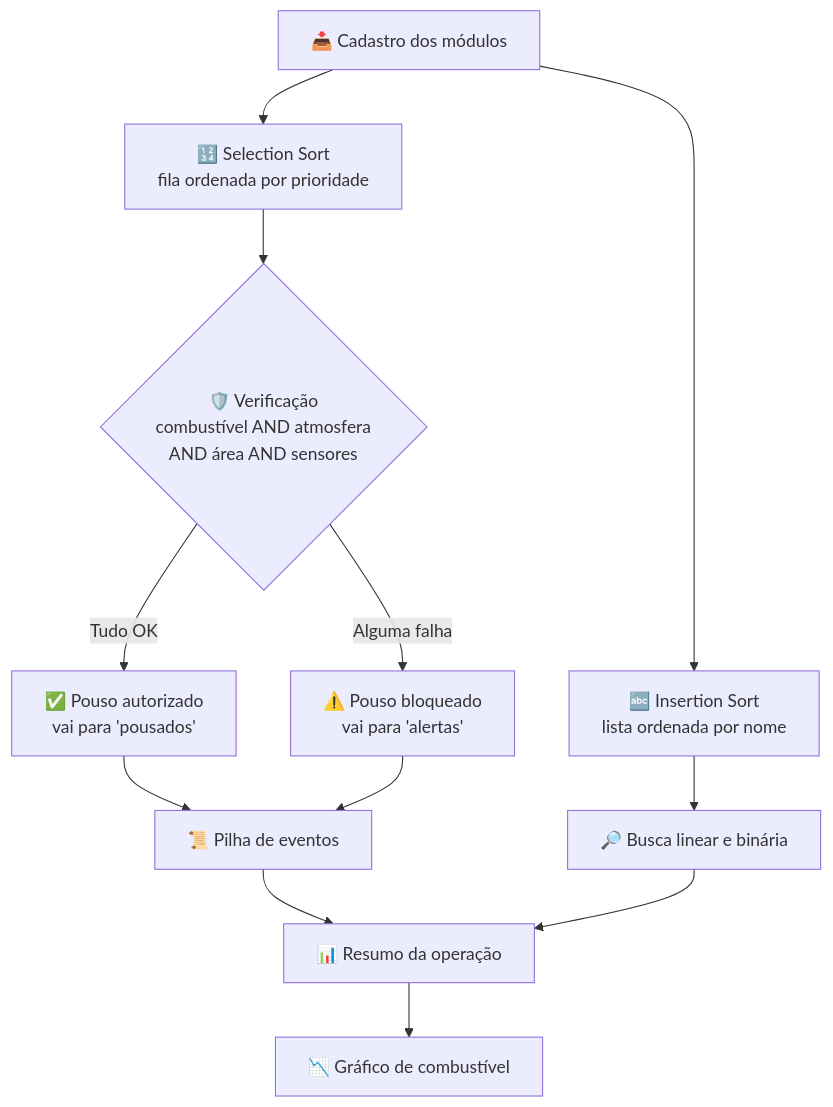
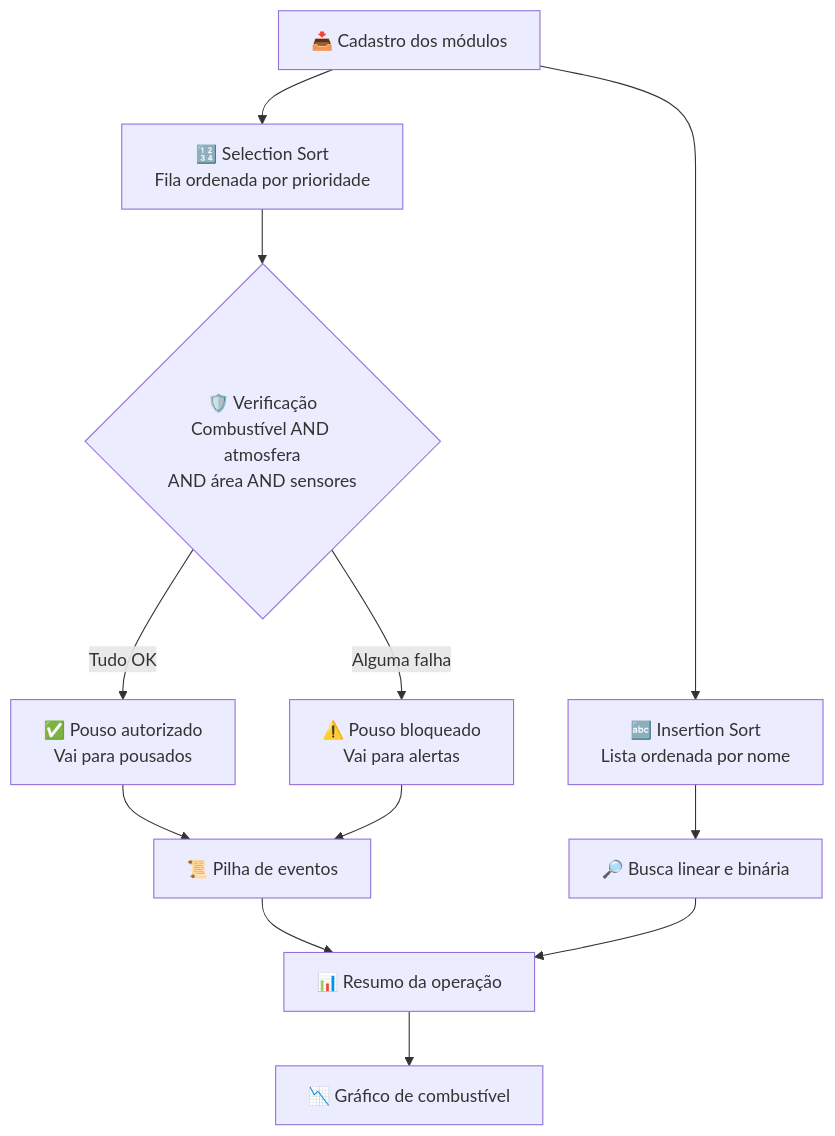
One commit to Henrique-Alcantara07/MGPEB changed the diagram in README.md. Above: the diagram before and after it, drawn with Mermaid. The commit also changed other lines of this file and 11 other files, not shown here.

````diff
--- a/README.md
+++ b/README.md
@@ -58,14 +58,14 @@
 ```mermaid
 flowchart TD
-    A[📥 Cadastro dos módulos] --> B[🔢 Selection Sort<br/>fila ordenada por prioridade]
-    A --> C[🔤 Insertion Sort<br/>lista ordenada por nome]
-    B --> D{🛡️ Verificação<br/>combustível AND atmosfera<br/>AND área AND sensores}
-    D -- Tudo OK --> E[✅ Pouso autorizado<br/>vai para 'pousados']
-    D -- Alguma falha --> F[⚠️ Pouso bloqueado<br/>vai para 'alertas']
+    A[📥 Cadastro dos módulos] --> B[🔢 Selection Sort<br/>Fila ordenada por prioridade]
+    A --> C[🔤 Insertion Sort<br/>Lista ordenada por nome]
+    B --> D{🛡️ Verificação<br/>Combustível AND atmosfera<br/>AND área AND sensores}
+    D -- Tudo OK --> E[✅ Pouso autorizado<br/>Vai para pousados]
+    D -- Alguma falha --> F[⚠️ Pouso bloqueado<br/>Vai para alertas]
     E --> G[📜 Pilha de eventos]
     F --> G
     C --> H[🔎 Busca linear e binária]
     G --> I[📊 Resumo da operação]
     H --> I
     I --> J[📉 Gráfico de combustível]
 ```
````
